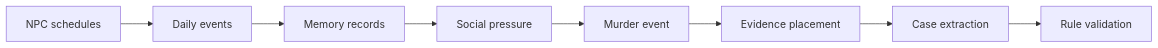
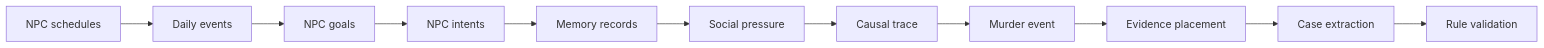
The diagram in docs/world-model.md (wangyufanshuai/detective-novel-lab), drawn with Mermaid before and after one commit. The commit also changed other lines of this file and 19 other files, not shown here.

````diff
--- a/docs/world-model.md
+++ b/docs/world-model.md
@@ -15,10 +19,13 @@
 ```mermaid
 flowchart LR
   A["NPC schedules"] --> B["Daily events"]
-  B --> C["Memory records"]
-  C --> D["Social pressure"]
-  D --> E["Murder event"]
-  E --> F["Evidence placement"]
-  F --> G["Case extraction"]
-  G --> H["Rule validation"]
+  B --> C["NPC goals"]
+  C --> D["NPC intents"]
+  D --> E["Memory records"]
+  E --> F["Social pressure"]
+  F --> G["Causal trace"]
+  G --> H["Murder event"]
+  H --> I["Evidence placement"]
+  I --> J["Case extraction"]
+  J --> K["Rule validation"]
 ```
````
